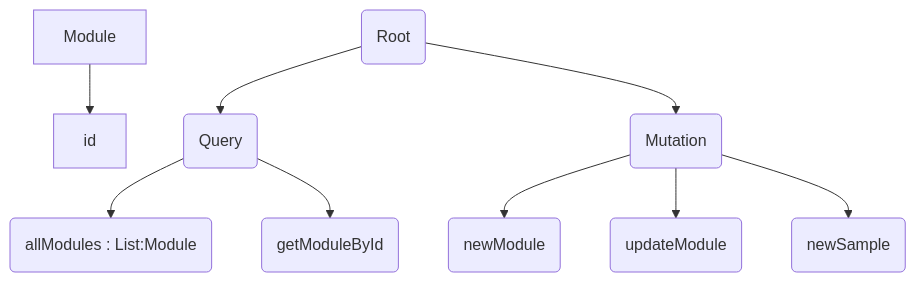
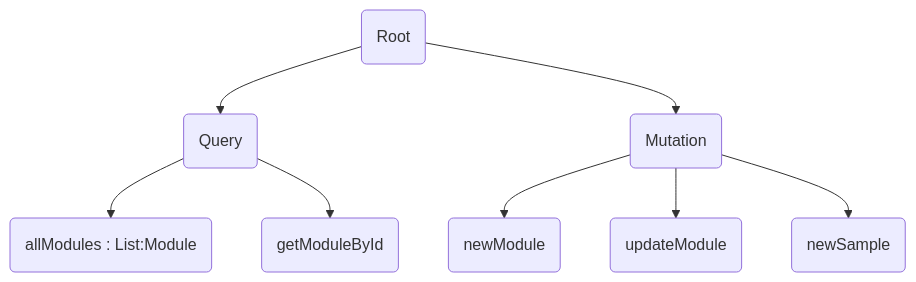
One commit to AtHomeEIP/API changed the diagram in README.md. Above: the diagram before and after it, drawn with Mermaid. The commit also changed other lines of this file, not shown here.

````diff
--- a/README.md
+++ b/README.md
@@ -55,11 +55,10 @@
 ```mermaid
 graph TD
 42(Root) --> A
 42 --> D
 A(Query) --> B(allModules : List:Module)
 A --> C(getModuleById)
 D(Mutation) --> E(newModule)
 D --> F(updateModule)
 D --> G(newSample)
-a[Module] --> 1[id] 
 ```
````
